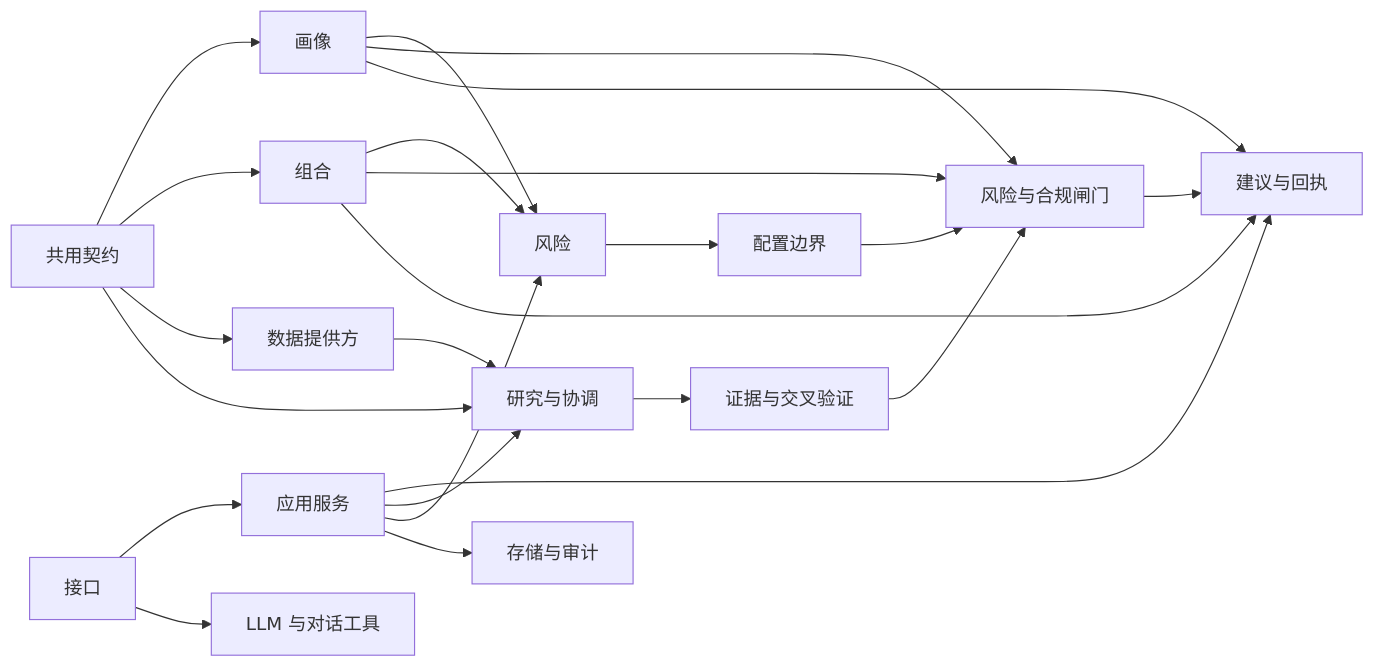
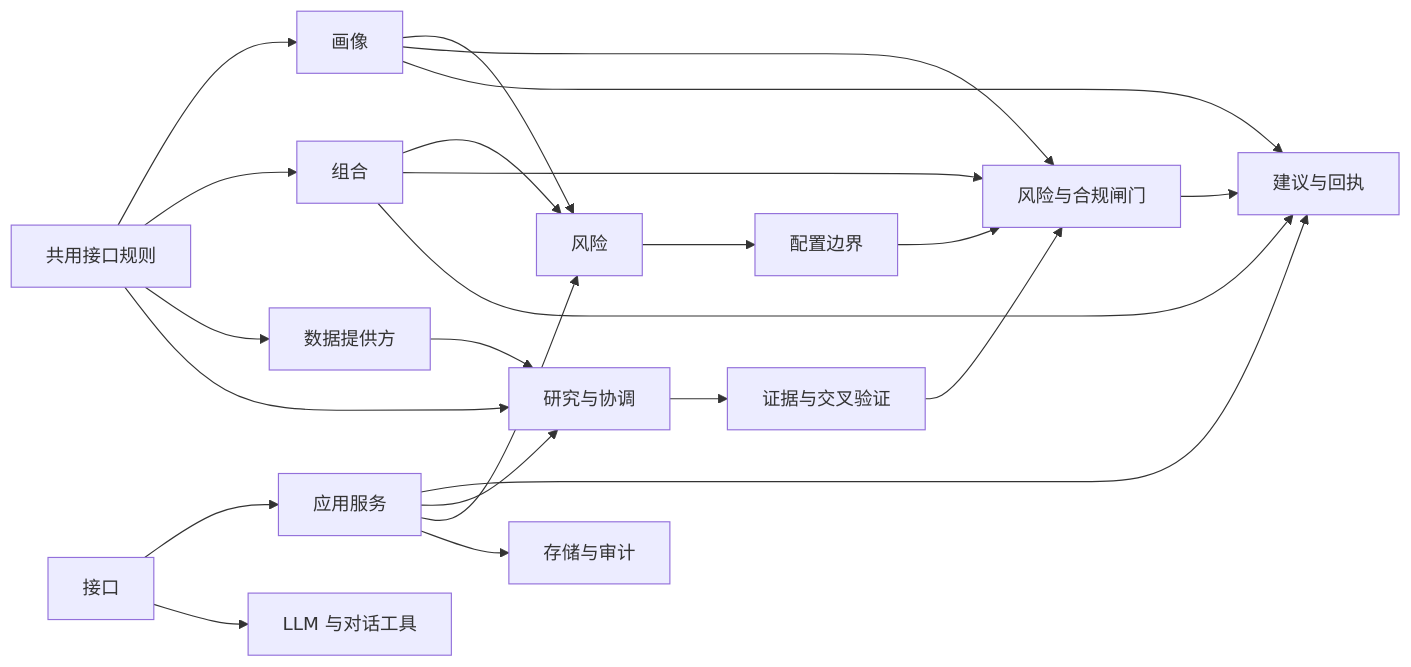
The third of 6 diagrams in docs/submission/technical-report.md (1917173927/prism), drawn with Mermaid before and after one commit. The commit also changed other lines of this file and 1 other file, not shown here.

````diff
--- a/docs/submission/technical-report.md
+++ b/docs/submission/technical-report.md
@@ -255,25 +255,25 @@
 ```mermaid
 flowchart LR
-    C[共用契约] --> P[画像]
+    C[共用接口规则] --> P[画像]
     C --> O[组合]
     C --> V[数据提供方]
     C --> R[研究与协调]
     P --> K[风险]
     O --> K
     K --> A[配置边界]
     V --> R
     R --> E[证据与交叉验证]
     P --> G[风险与合规闸门]
     O --> G
     A --> G
     E --> G
     G --> N[建议与回执]
     P --> N
     O --> N
     I[接口] --> S[应用服务]
     S --> N
     S --> R
     S --> K
     S --> T[存储与审计]
     I --> L[LLM 与对话工具]
 ```
````
